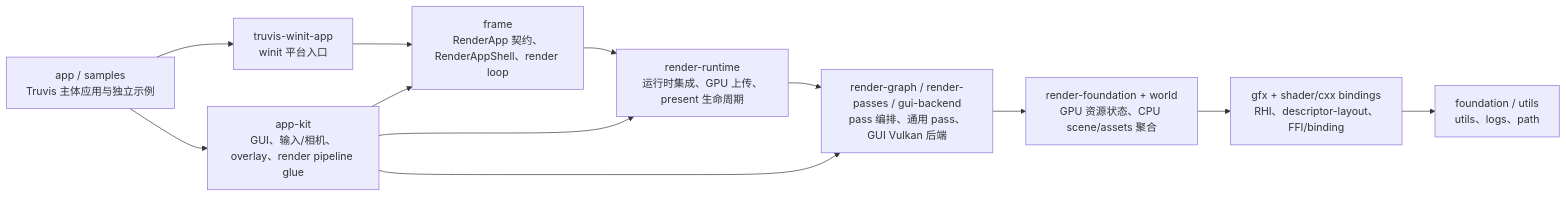
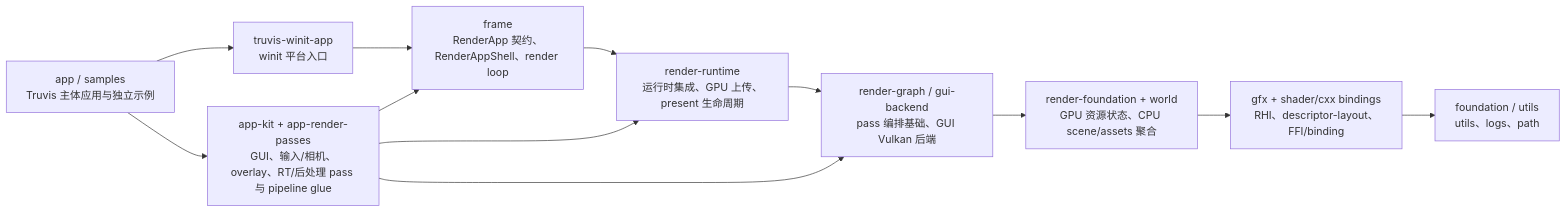
The second of 7 diagrams in ARCHITECTURE.md (acccoco/TruvisRenderer), drawn with Mermaid before and after one commit. The commit also changed other lines of this file and 23 other files, not shown here.

First line of the commit message:
[refactor] 将 render passes 拆分到 app 层

````diff
--- a/ARCHITECTURE.md
+++ b/ARCHITECTURE.md
@@ -33,17 +33,17 @@
 ```mermaid
 flowchart LR
     Foundation["foundation / utils<br/>utils、logs、path"]
     Gfx["gfx + shader/cxx bindings<br/>RHI、descriptor-layout、FFI/binding"]
     Core["render-foundation + world<br/>GPU 资源状态、CPU scene/assets 聚合"]
-    RenderDomain["render-graph / render-passes / gui-backend<br/>pass 编排、通用 pass、GUI Vulkan 后端"]
+    RenderDomain["render-graph / gui-backend<br/>pass 编排基础、GUI Vulkan 后端"]
     Runtime["render-runtime<br/>运行时集成、GPU 上传、present 生命周期"]
     Frame["frame<br/>RenderApp 契约、RenderAppShell、render loop"]
-    AppKit["app-kit<br/>GUI、输入/相机、overlay、render pipeline glue"]
+    AppKit["app-kit + app-render-passes<br/>GUI、输入/相机、overlay、RT/后处理 pass 与 pipeline glue"]
     App["app / samples<br/>Truvis 主体应用与独立示例"]
     Platform["truvis-winit-app<br/>winit 平台入口"]
 
     App --> Platform --> Frame --> Runtime --> RenderDomain --> Core --> Gfx --> Foundation
     App --> AppKit --> Frame
     AppKit --> Runtime
     AppKit --> RenderDomain
 ```
````
